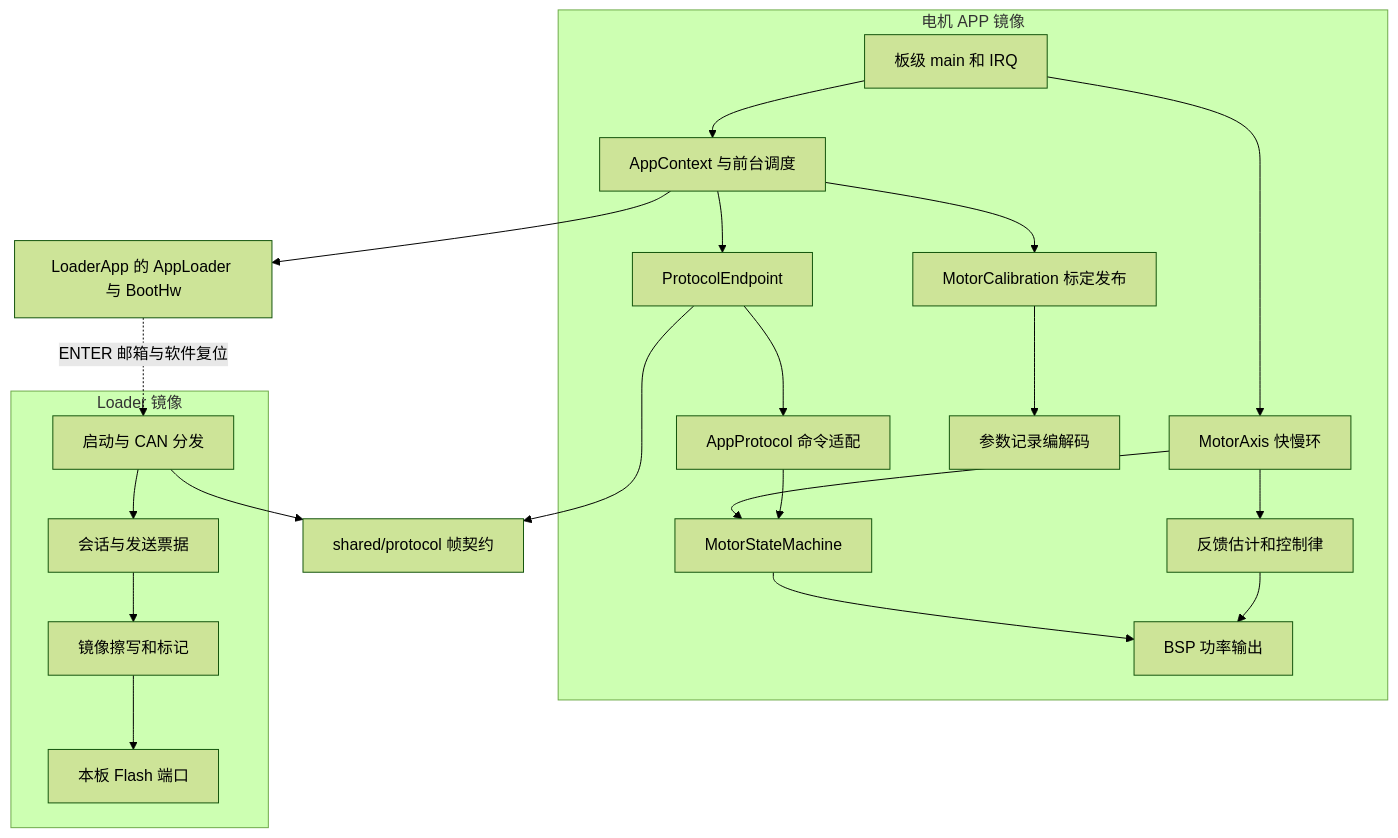
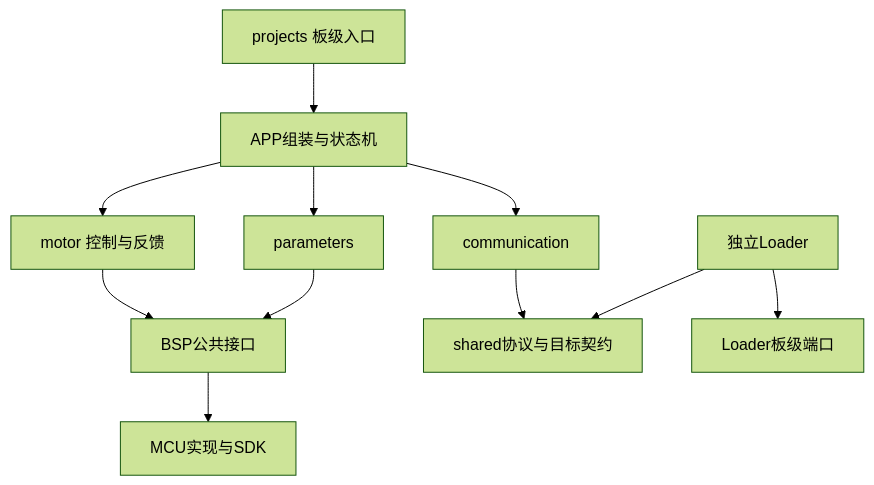
The diagram in docs/architecture/software_architecture.md (haoyang877/Vector_Mini_ST_Firmware), drawn with Mermaid (forest theme) before and after one commit. The commit also changed other lines of this file and 803 other files, not shown here.

````diff
--- a/docs/architecture/software_architecture.md
+++ b/docs/architecture/software_architecture.md
@@ -53,25 +8,13 @@
 ```mermaid
 flowchart TD
-    subgraph A[电机 APP 镜像]
-        Main[板级 main 和 IRQ] --> App[AppContext 与前台调度]
-        Main --> Axis[MotorAxis 快慢环]
-        App --> Endpoint[ProtocolEndpoint]
-        Endpoint --> Adapter[AppProtocol 命令适配]
-        Adapter --> SM[MotorStateMachine]
-        Axis --> SM
-        Axis --> Control[反馈估计和控制律]
-        App --> Cal[MotorCalibration 标定发布]
-        Cal --> Rec[参数记录编解码]
-        Control --> PWM[BSP 功率输出]
-        SM --> PWM
-    end
-    subgraph L[Loader 镜像]
-        Run[启动与 CAN 分发] --> Upgrade[会话与发送票据]
-        Upgrade --> Image[镜像擦写和标记]
-        Image --> Port[本板 Flash 端口]
-    end
-    Endpoint --> Wire[shared/protocol 帧契约]
-    Run --> Wire
-    App --> Boot[LoaderApp 的 AppLoader 与 BootHw]
-    Boot -. ENTER 邮箱与软件复位 .-> Run
+    P[projects 板级入口] --> A[APP组装与状态机]
+    A --> M[motor 控制与反馈]
+    A --> C[communication]
+    A --> R[parameters]
+    M --> B[BSP公共接口]
+    R --> B
+    C --> S[shared协议与目标契约]
+    L[独立Loader] --> S
+    L --> H[Loader板级端口]
+    B --> D[MCU实现与SDK]
 ```
````
